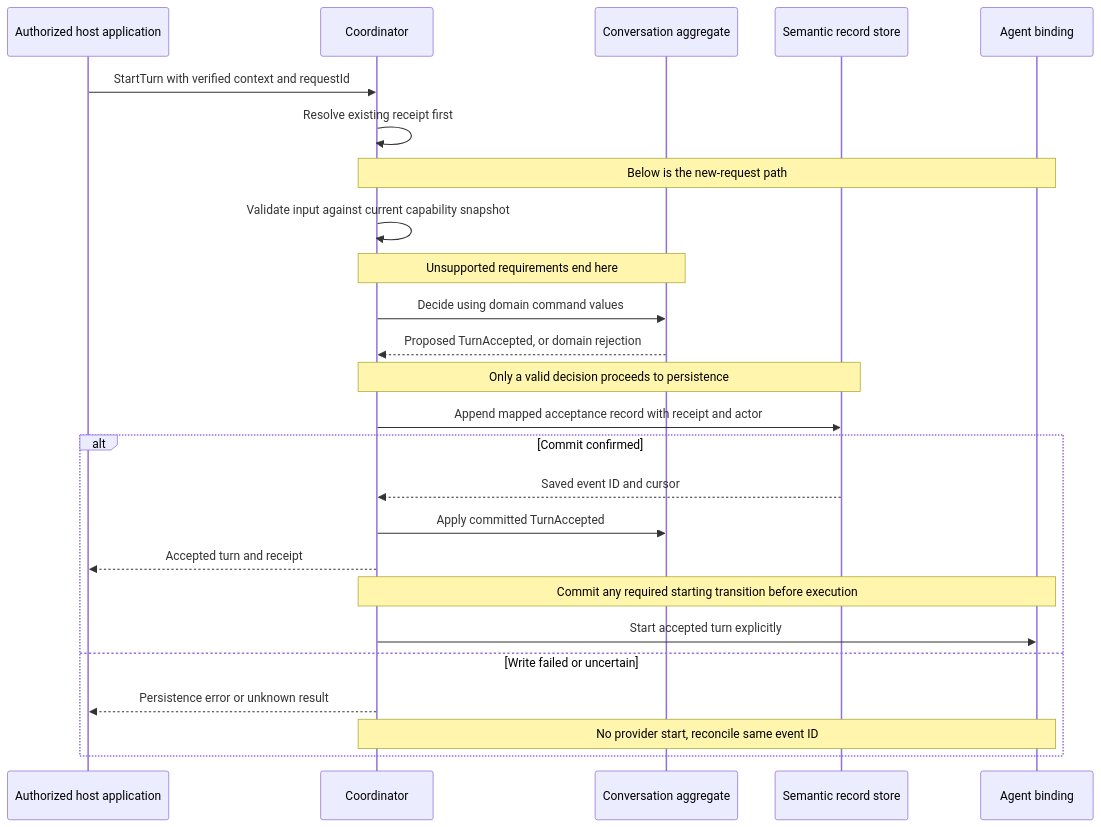
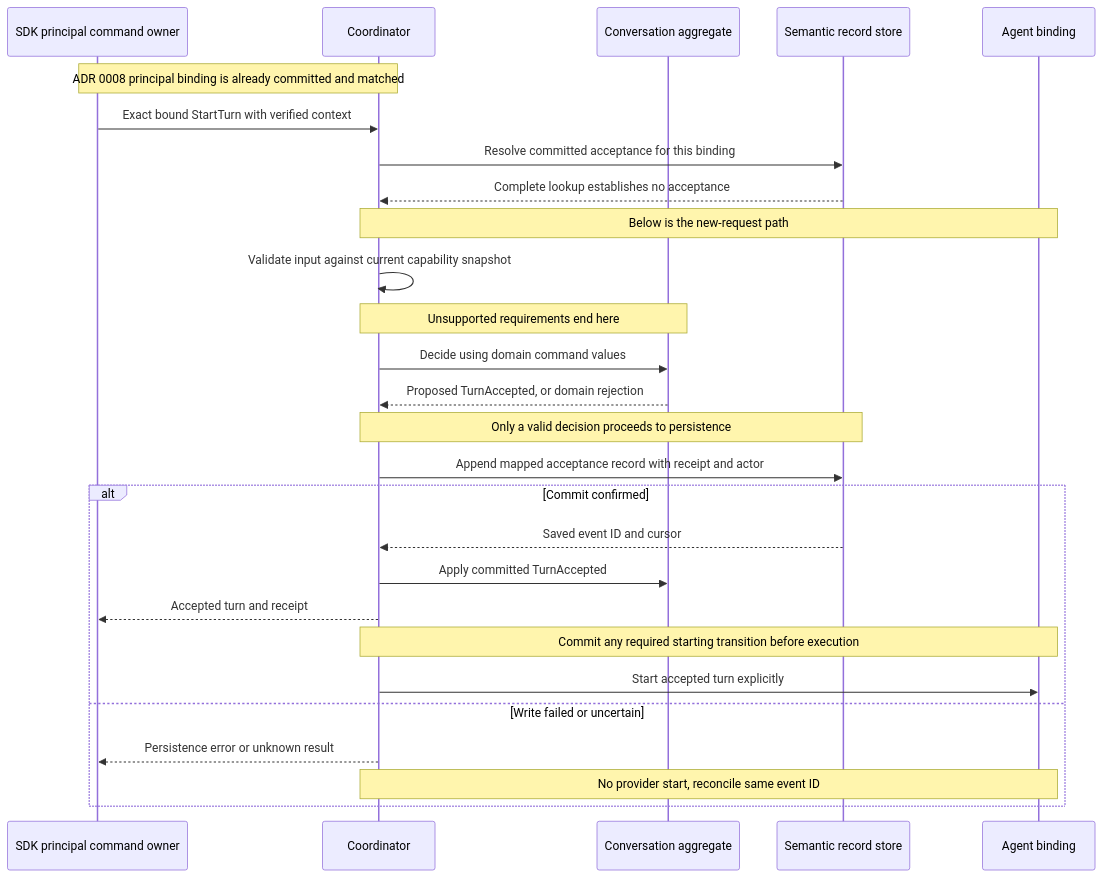
The second of 8 diagrams in docs/design/agent_execution/runtime-classes-and-sequences.md (nessalabs/nessa-agent), drawn with Mermaid before and after one commit. The commit also changed other lines of this file and 7 other files, not shown here.

````diff
--- a/docs/design/agent_execution/runtime-classes-and-sequences.md
+++ b/docs/design/agent_execution/runtime-classes-and-sequences.md
@@ -170,27 +172,29 @@
 ```mermaid
 sequenceDiagram
-    participant H as Authorized host application
+    participant H as SDK principal command owner
     participant C as Coordinator
     participant D as Conversation aggregate
     participant S as Semantic record store
     participant B as Agent binding
-    H->>C: StartTurn with verified context and requestId
-    C->>C: Resolve existing receipt first
+    Note over H,C: ADR 0008 principal binding is already committed and matched
+    H->>C: Exact bound StartTurn with verified context
+    C->>S: Resolve committed acceptance for this binding
+    S-->>C: Complete lookup establishes no acceptance
     Note over C,B: Below is the new-request path
     C->>C: Validate input against current capability snapshot
     Note over C,D: Unsupported requirements end here
     C->>D: Decide using domain command values
     D-->>C: Proposed TurnAccepted, or domain rejection
     Note over C,S: Only a valid decision proceeds to persistence
     C->>S: Append mapped acceptance record with receipt and actor
     alt Commit confirmed
         S-->>C: Saved event ID and cursor
         C->>D: Apply committed TurnAccepted
         C-->>H: Accepted turn and receipt
         Note over C,B: Commit any required starting transition before execution
         C->>B: Start accepted turn explicitly
     else Write failed or uncertain
         C-->>H: Persistence error or unknown result
         Note over C,B: No provider start, reconcile same event ID
     end
 ```
````
